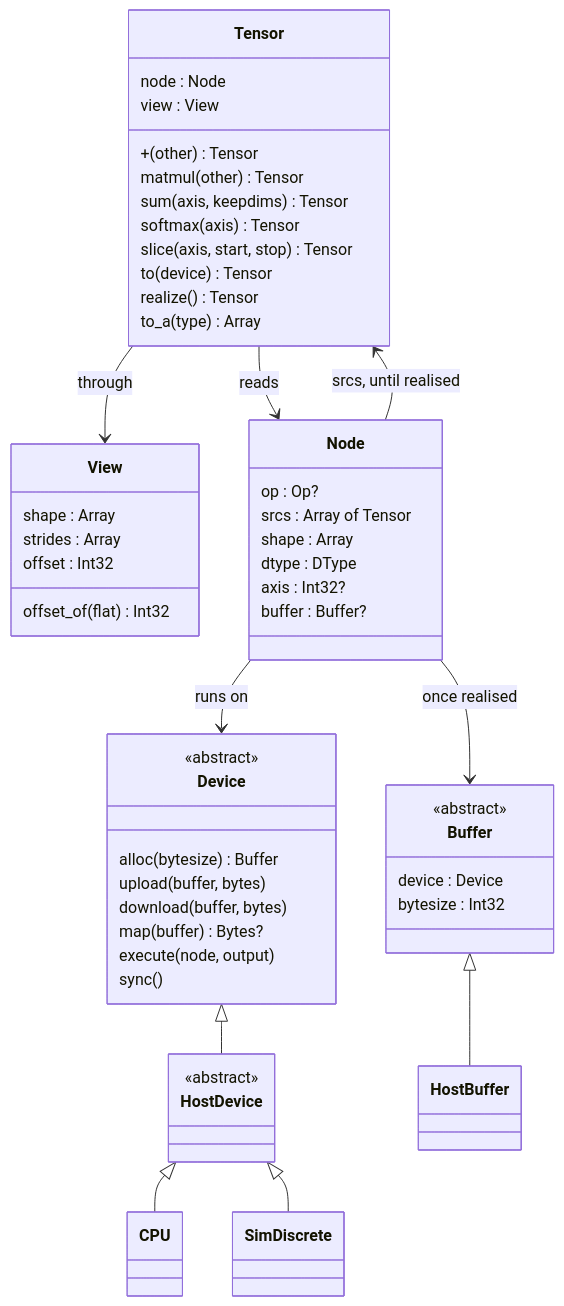
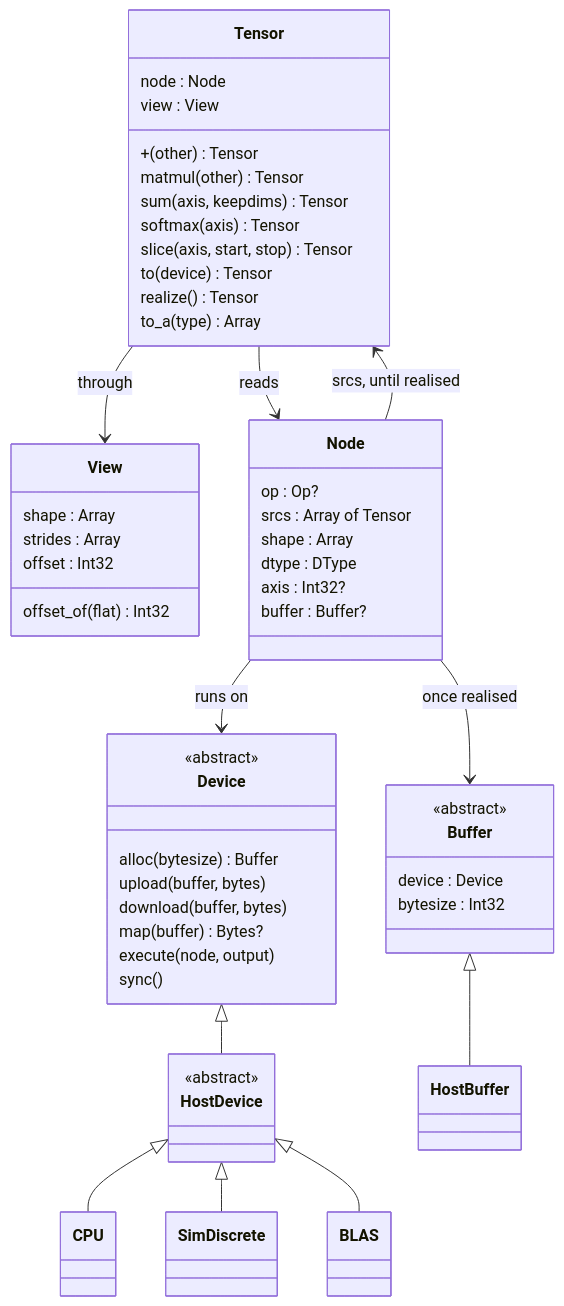
The second of 13 diagrams in DESIGN.md (nogginly/tensomite.cr), drawn with Mermaid before and after one commit. The commit also changed other lines of this file and 9 other files, not shown here.

````diff
--- a/DESIGN.md
+++ b/DESIGN.md
@@ -39,55 +43,56 @@
 ```mermaid
 classDiagram
     class Tensor {
         node : Node
         view : View
         +(other) Tensor
         matmul(other) Tensor
         sum(axis, keepdims) Tensor
         softmax(axis) Tensor
         slice(axis, start, stop) Tensor
         to(device) Tensor
         realize() Tensor
         to_a(type) Array
     }
     class View {
         shape : Array
         strides : Array
         offset : Int32
         offset_of(flat) Int32
     }
     class Node {
         op : Op?
         srcs : Array of Tensor
         shape : Array
         dtype : DType
         axis : Int32?
         buffer : Buffer?
     }
     class Device {
         <<abstract>>
         alloc(bytesize) Buffer
         upload(buffer, bytes)
         download(buffer, bytes)
         map(buffer) Bytes?
         execute(node, output)
         sync()
     }
     class Buffer {
         <<abstract>>
         device : Device
         bytesize : Int32
     }
     class HostDevice {
         <<abstract>>
     }
     Tensor --> Node : reads
     Tensor --> View : through
     Node --> Tensor : srcs, until realised
     Node --> Buffer : once realised
     Node --> Device : runs on
     Device <|-- HostDevice
     HostDevice <|-- CPU
     HostDevice <|-- SimDiscrete
+    HostDevice <|-- BLAS
     Buffer <|-- HostBuffer
 ```
````
